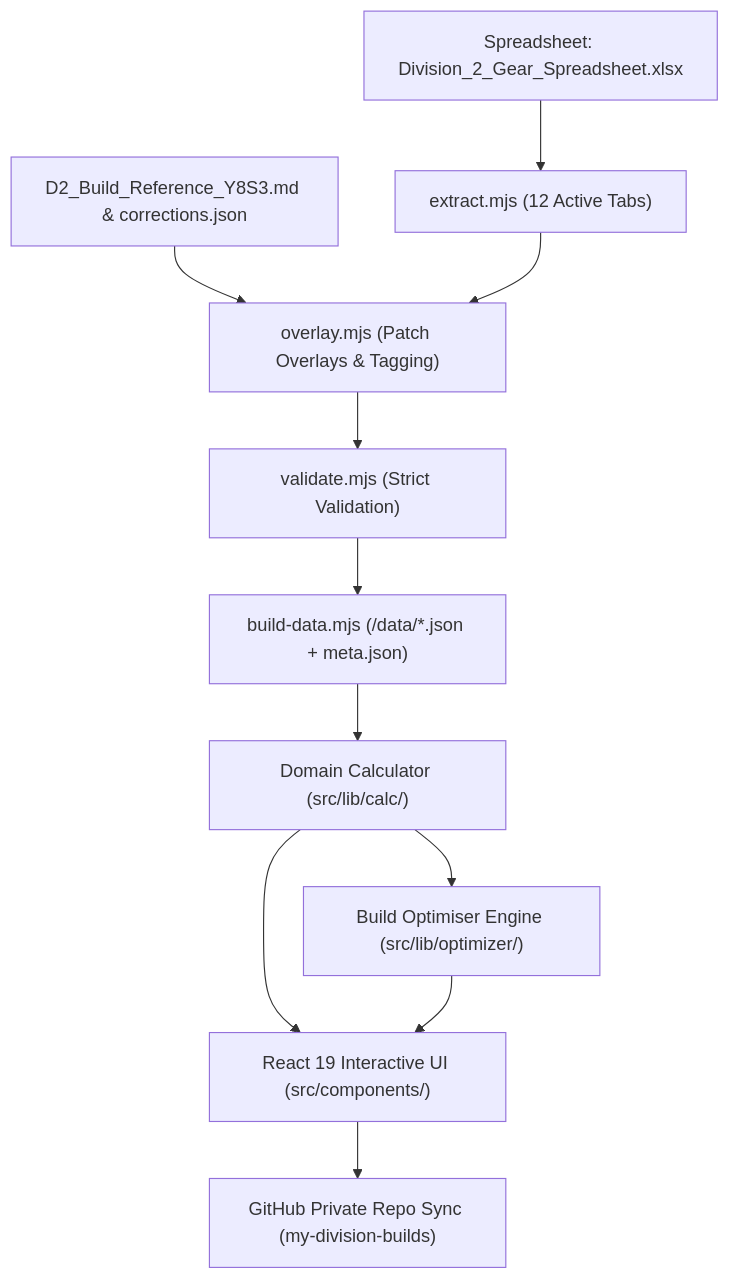
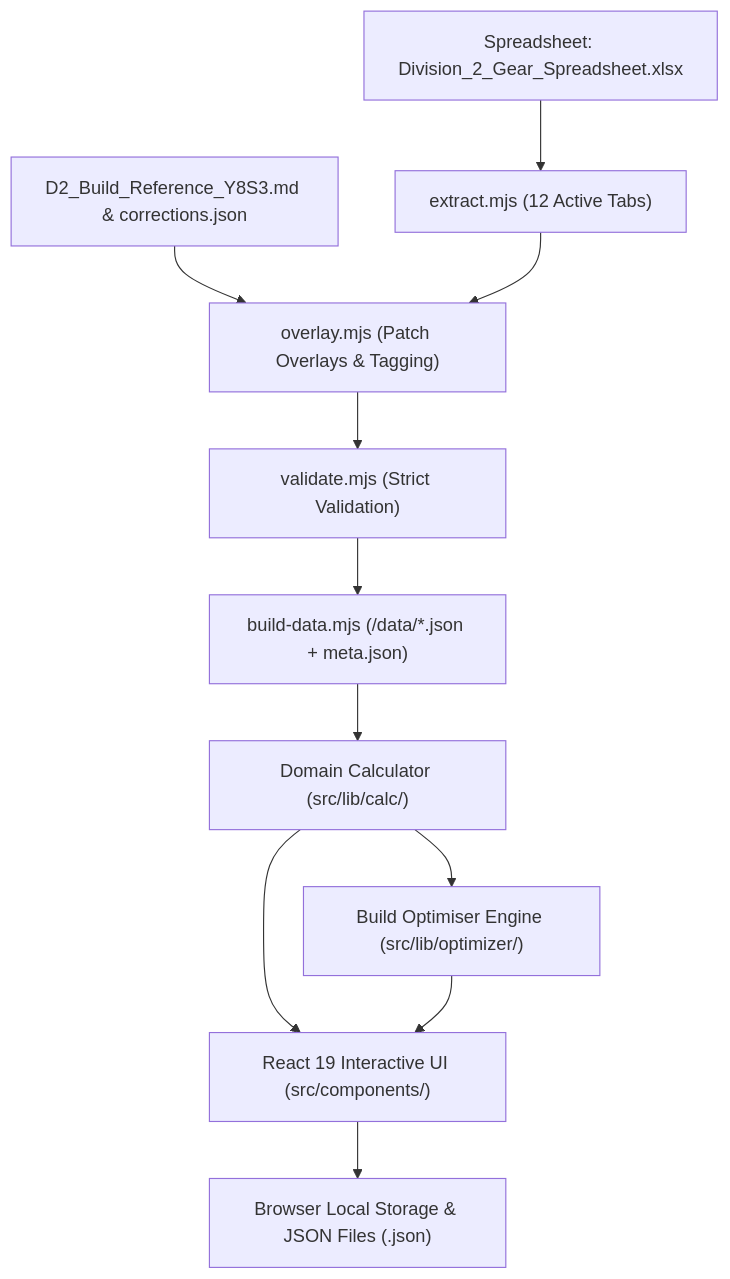
Before and after one commit to knowlesy/division-config: the diagram in README.md, drawn with Mermaid. The commit also changed other lines of this file and 2 other files, not shown here.

Commit message:
feat: hide git login and transition to standalone JSON export/import and local storage

````diff
--- a/README.md
+++ b/README.md
@@ -25,13 +26,13 @@
 ```mermaid
 graph TD
     A["Spreadsheet: Division_2_Gear_Spreadsheet.xlsx"] --> B["extract.mjs (12 Active Tabs)"]
     C["D2_Build_Reference_Y8S3.md & corrections.json"] --> D["overlay.mjs (Patch Overlays & Tagging)"]
     B --> D
     D --> E["validate.mjs (Strict Validation)"]
     E --> F["build-data.mjs (/data/*.json + meta.json)"]
     F --> G["Domain Calculator (src/lib/calc/)"]
     G --> H["Build Optimiser Engine (src/lib/optimizer/)"]
     G --> I["React 19 Interactive UI (src/components/)"]
     H --> I
-    I --> J["GitHub Private Repo Sync (my-division-builds)"]
+    I --> J["Browser Local Storage & JSON Files (.json)"]
 ```
````
